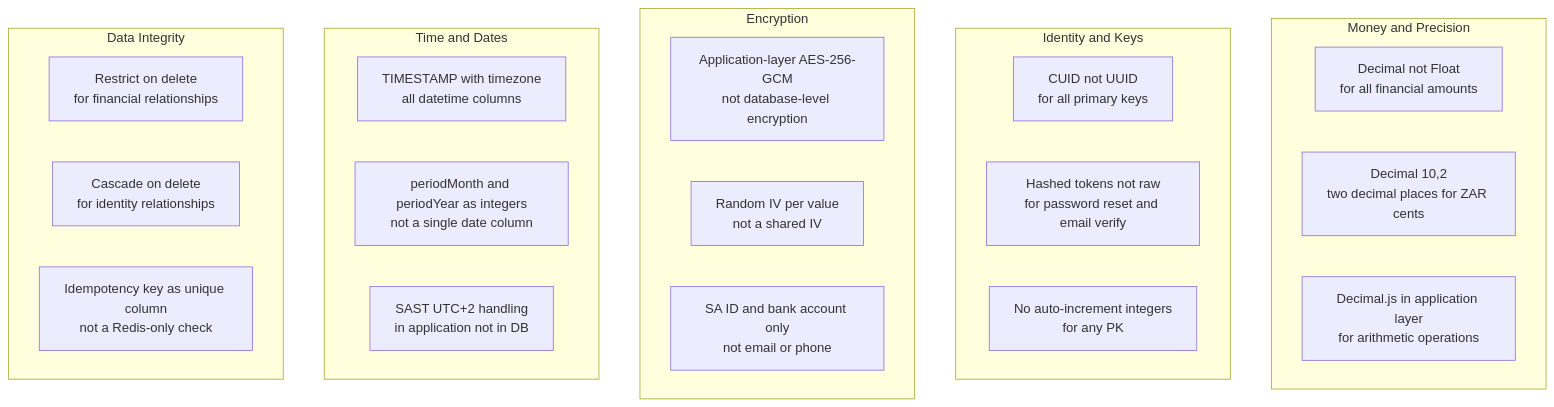
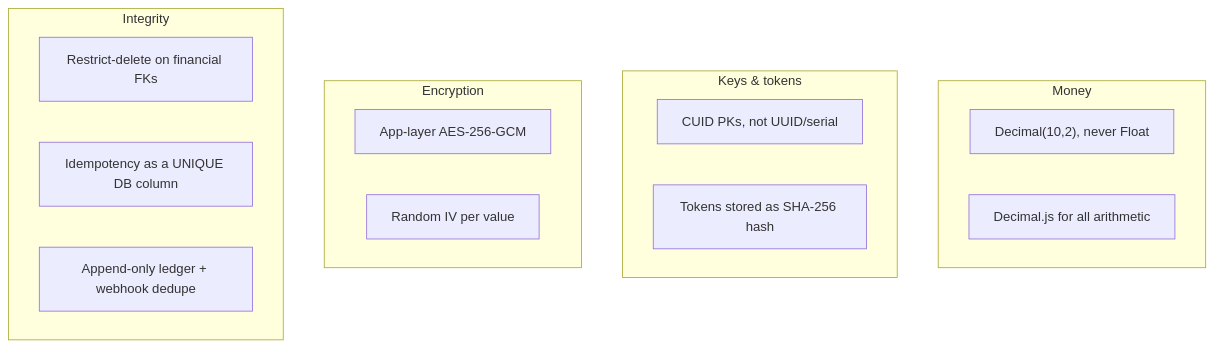
One commit to KSDRILL-SA/Xkimi-Xa-Mali changed the first of 2 diagrams in docs/database/03-schema-design.md. Above: the diagram before and after it, drawn with Mermaid. The commit also changed other lines of this file and 2 other files, not shown here.

First line of the commit message:
docs: refresh database docs for the full 34-model schema (#189)

````diff
--- a/docs/database/03-schema-design.md
+++ b/docs/database/03-schema-design.md
@@ -13,32 +5,20 @@
 ```mermaid
 flowchart TD
-    subgraph MONEY["Money and Precision"]
-        D1["Decimal not Float\nfor all financial amounts"]
-        D2["Decimal 10,2\ntwo decimal places for ZAR cents"]
-        D3["Decimal.js in application layer\nfor arithmetic operations"]
+    subgraph MONEY["Money"]
+        D1["Decimal(10,2), never Float"]
+        D2["Decimal.js for all arithmetic"]
     end
-
-    subgraph IDENTITY_D["Identity and Keys"]
-        D4["CUID not UUID\nfor all primary keys"]
-        D5["Hashed tokens not raw\nfor password reset and email verify"]
-        D6["No auto-increment integers\nfor any PK"]
+    subgraph KEYS["Keys & tokens"]
+        D3["CUID PKs, not UUID/serial"]
+        D4["Tokens stored as SHA-256 hash"]
     end
-
-    subgraph ENCRYPTION_D["Encryption"]
-        D7["Application-layer AES-256-GCM\nnot database-level encryption"]
-        D8["Random IV per value\nnot a shared IV"]
-        D9["SA ID and bank account only\nnot email or phone"]
+    subgraph CRYPTO["Encryption"]
+        D5["App-layer AES-256-GCM"]
+        D6["Random IV per value"]
     end
-
-    subgraph TEMPORAL["Time and Dates"]
-        D10["TIMESTAMP with timezone\nall datetime columns"]
-        D11["periodMonth and periodYear as integers\nnot a single date column"]
-        D12["SAST UTC+2 handling\nin application not in DB"]
-    end
-
-    subgraph INTEGRITY["Data Integrity"]
-        D13["Restrict on delete\nfor financial relationships"]
-        D14["Cascade on delete\nfor identity relationships"]
-        D15["Idempotency key as unique column\nnot a Redis-only check"]
+    subgraph INTEGRITY["Integrity"]
+        D7["Restrict-delete on financial FKs"]
+        D8["Idempotency as a UNIQUE DB column"]
+        D9["Append-only ledger + webhook dedupe"]
     end
 ```
````
